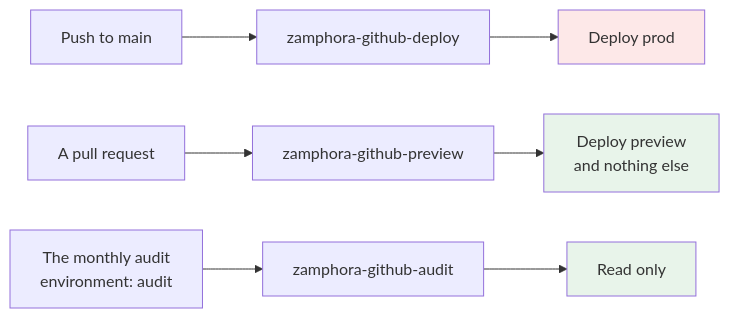
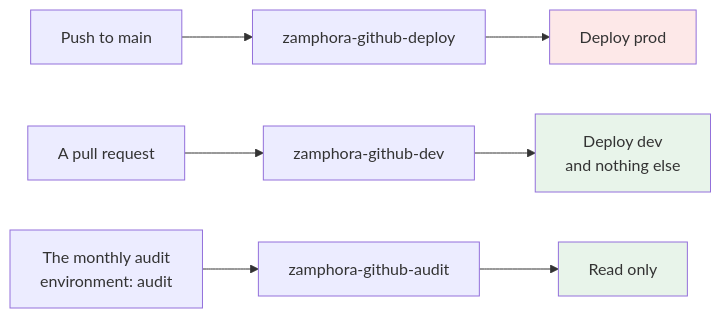
The tenth of 12 diagrams in docs/learn/aws-and-the-pipeline.md (poszetkristof/zamphora), drawn with Mermaid before and after one commit. The commit also changed other lines of this file and 52 other files, not shown here.

````diff
--- a/docs/learn/aws-and-the-pipeline.md
+++ b/docs/learn/aws-and-the-pipeline.md
@@ -1052,13 +1050,13 @@
 ```mermaid
 flowchart LR
     M["Push to main"] --> RD["zamphora-github-deploy"]
-    P["A pull request"] --> RP["zamphora-github-preview"]
+    P["A pull request"] --> RP["zamphora-github-dev"]
     S["The monthly audit<br/>environment: audit"] --> RA["zamphora-github-audit"]
     RD --> PROD["Deploy prod"]
-    RP --> PRE["Deploy preview<br/>and nothing else"]
+    RP --> PRE["Deploy dev<br/>and nothing else"]
     RA --> RO["Read only"]
 
     style PROD fill:#fde8e8
     style PRE fill:#e8f4ea
     style RO fill:#e8f4ea
 ```
````
